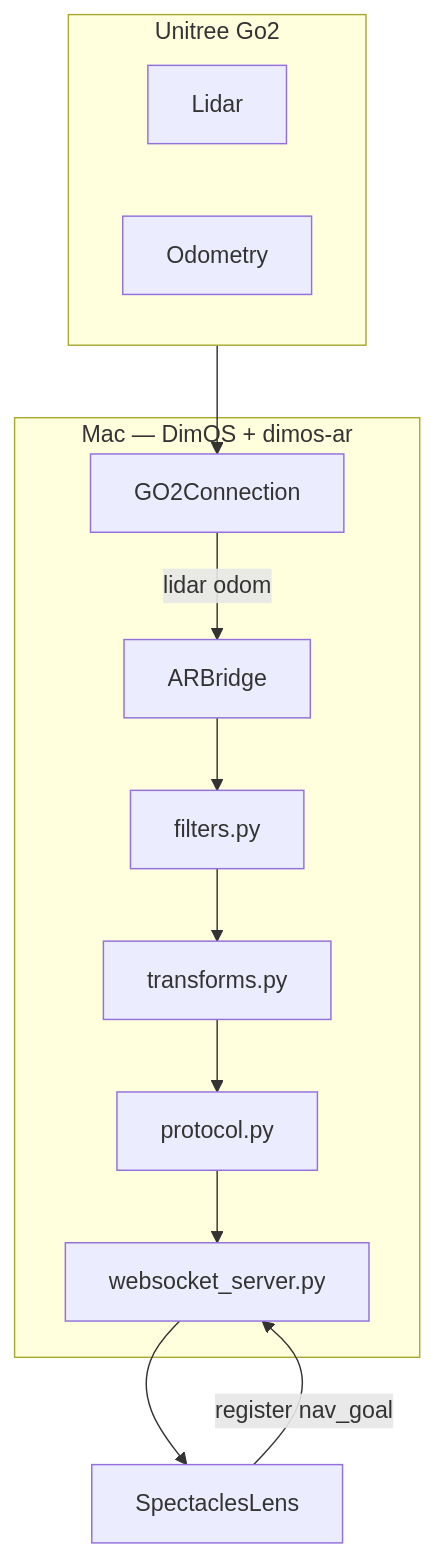
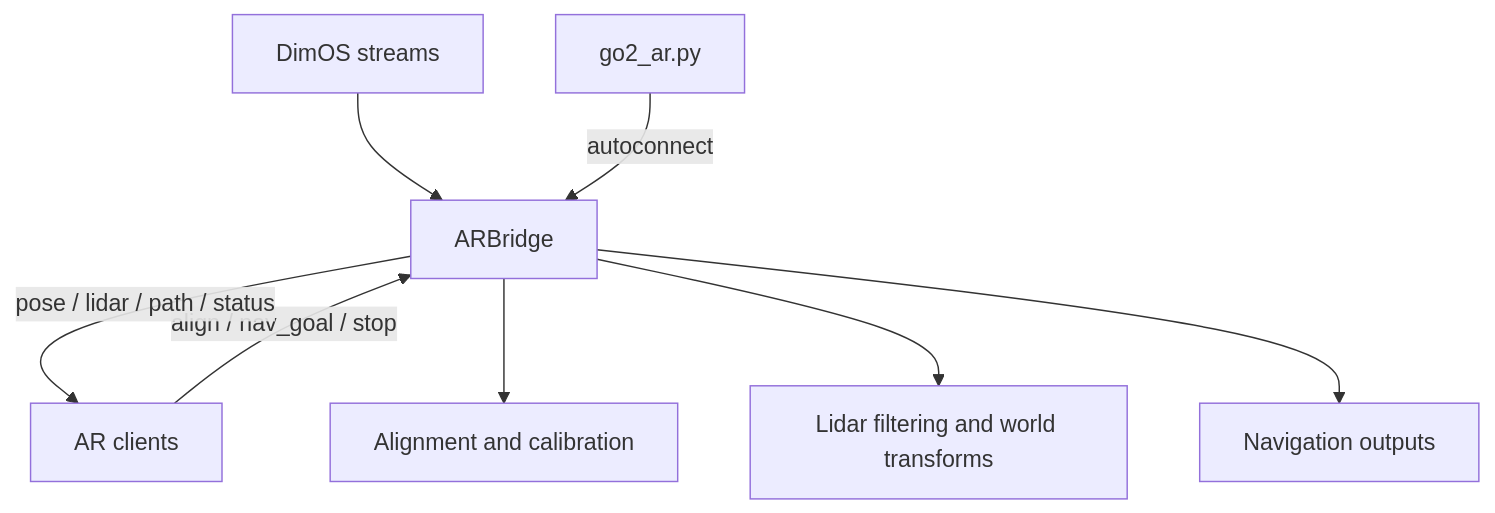
Before and after one commit to V4C38/spectacles-dimensional-os: the third of 3 diagrams in README.md, drawn with Mermaid. The commit also changed other lines of this file and 3 other files, not shown here.

````diff
--- a/README.md
+++ b/README.md
@@ -293,23 +156,10 @@
 ```mermaid
 flowchart TB
-    subgraph Robot [Unitree Go2]
-        Lidar[Lidar]
-        Odom[Odometry]
-    end
-
-    subgraph Mac [Mac — DimOS + dimos-ar]
-        GO2[GO2Connection]
-        Bridge[ARBridge]
-        Filter[filters.py]
-        Xform[transforms.py]
-        Proto[protocol.py]
-        WS[websocket_server.py]
-
-        GO2 -->|lidar odom| Bridge
-        Bridge --> Filter --> Xform --> Proto --> WS
-    end
-
-    Robot --> GO2
-    WS --> Lens[SpectaclesLens]
-    Lens -->|register nav_goal| WS
+  DimOSStreams[DimOS streams] --> ARBridge[ARBridge]
+  Clients[AR clients] -->|"align / nav_goal / stop"| ARBridge
+  ARBridge -->|"pose / lidar / path / status"| Clients
+  ARBridge --> Alignment[Alignment and calibration]
+  ARBridge --> Filtering[Lidar filtering and world transforms]
+  ARBridge --> PlannerIO[Navigation outputs]
+  Blueprint[go2_ar.py] -->|"autoconnect"| ARBridge
 ```
````
